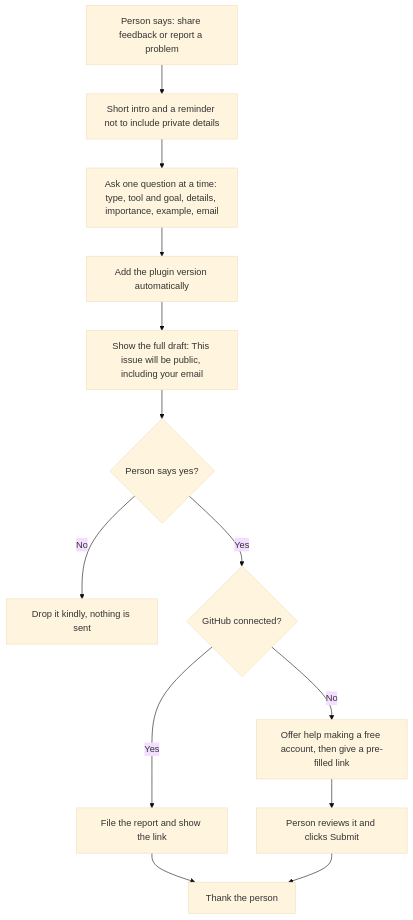
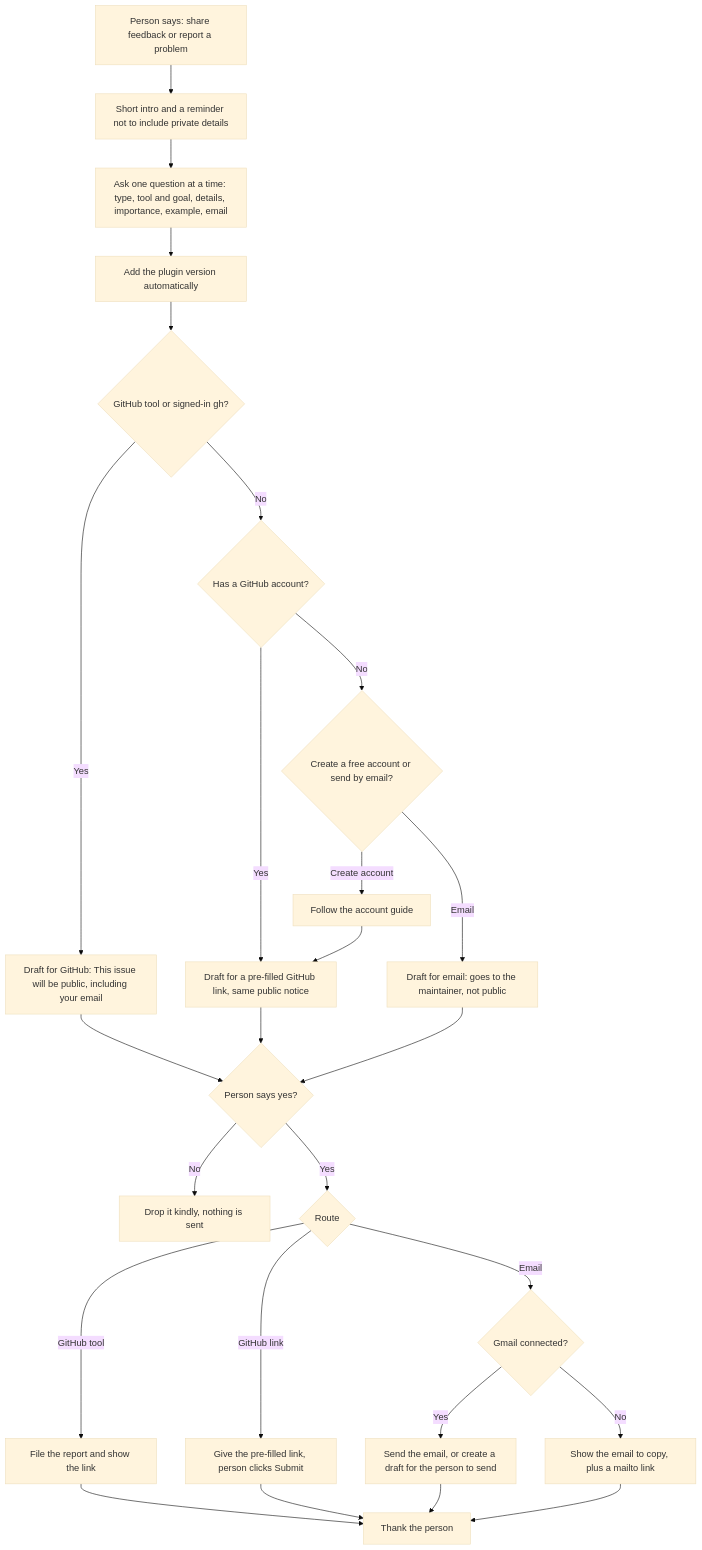
The diagram in docs/skills/share-feedback.md (tejitpabari99/tejit-non-profit-mkt), drawn with Mermaid (base theme) before and after one commit. The commit also changed other lines of this file and 6 other files, not shown here.

Commit message:
Add email route to share-feedback and update GitHub wording

````diff
--- a/docs/skills/share-feedback.md
+++ b/docs/skills/share-feedback.md
@@ -11,15 +11,27 @@
 ```mermaid
 flowchart TD
     A["Person says: share feedback or report a problem"] --> B["Short intro and a reminder not to include private details"]
     B --> C["Ask one question at a time: type, tool and goal, details, importance, example, email"]
     C --> D["Add the plugin version automatically"]
-    D --> E["Show the full draft: This issue will be public, including your email"]
-    E --> F{"Person says yes?"}
+    D --> R{"GitHub tool or signed-in gh?"}
+    R -- Yes --> E1["Draft for GitHub: This issue will be public, including your email"]
+    R -- No --> Q{"Has a GitHub account?"}
+    Q -- Yes --> E2["Draft for a pre-filled GitHub link, same public notice"]
+    Q -- No --> P{"Create a free account or send by email?"}
+    P -- Create account --> AG["Follow the account guide"] --> E2
+    P -- Email --> E3["Draft for email: goes to the maintainer, not public"]
+    E1 --> F{"Person says yes?"}
+    E2 --> F
+    E3 --> F
     F -- No --> G["Drop it kindly, nothing is sent"]
-    F -- Yes --> H{"GitHub connected?"}
-    H -- Yes --> I["File the report and show the link"]
-    H -- No --> J["Offer help making a free account, then give a pre-filled link"]
-    J --> K["Person reviews it and clicks Submit"]
+    F -- Yes --> H{"Route"}
+    H -- GitHub tool --> I["File the report and show the link"]
+    H -- GitHub link --> K["Give the pre-filled link, person clicks Submit"]
+    H -- Email --> M{"Gmail connected?"}
+    M -- Yes --> N["Send the email, or create a draft for the person to send"]
+    M -- No --> O["Show the email to copy, plus a mailto link"]
     I --> L["Thank the person"]
     K --> L
+    N --> L
+    O --> L
 ```
````
